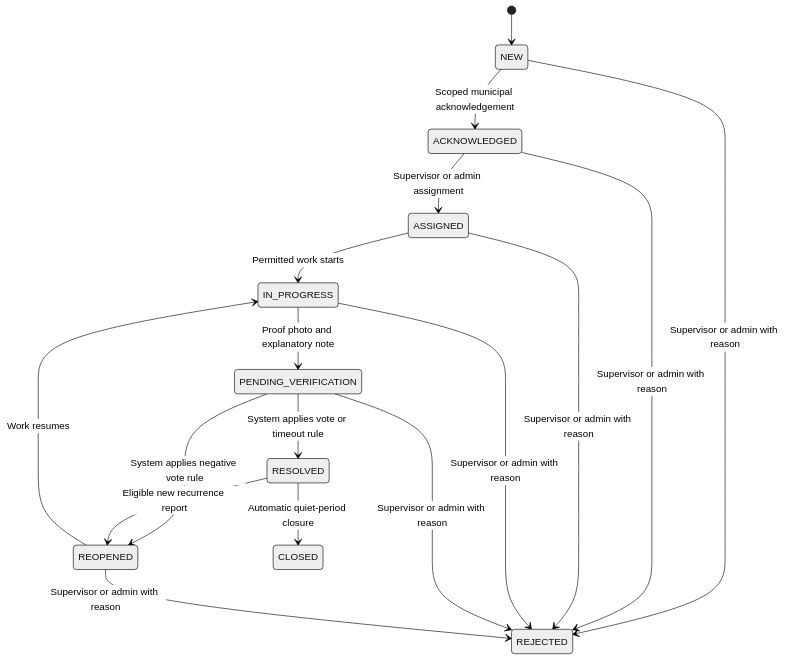
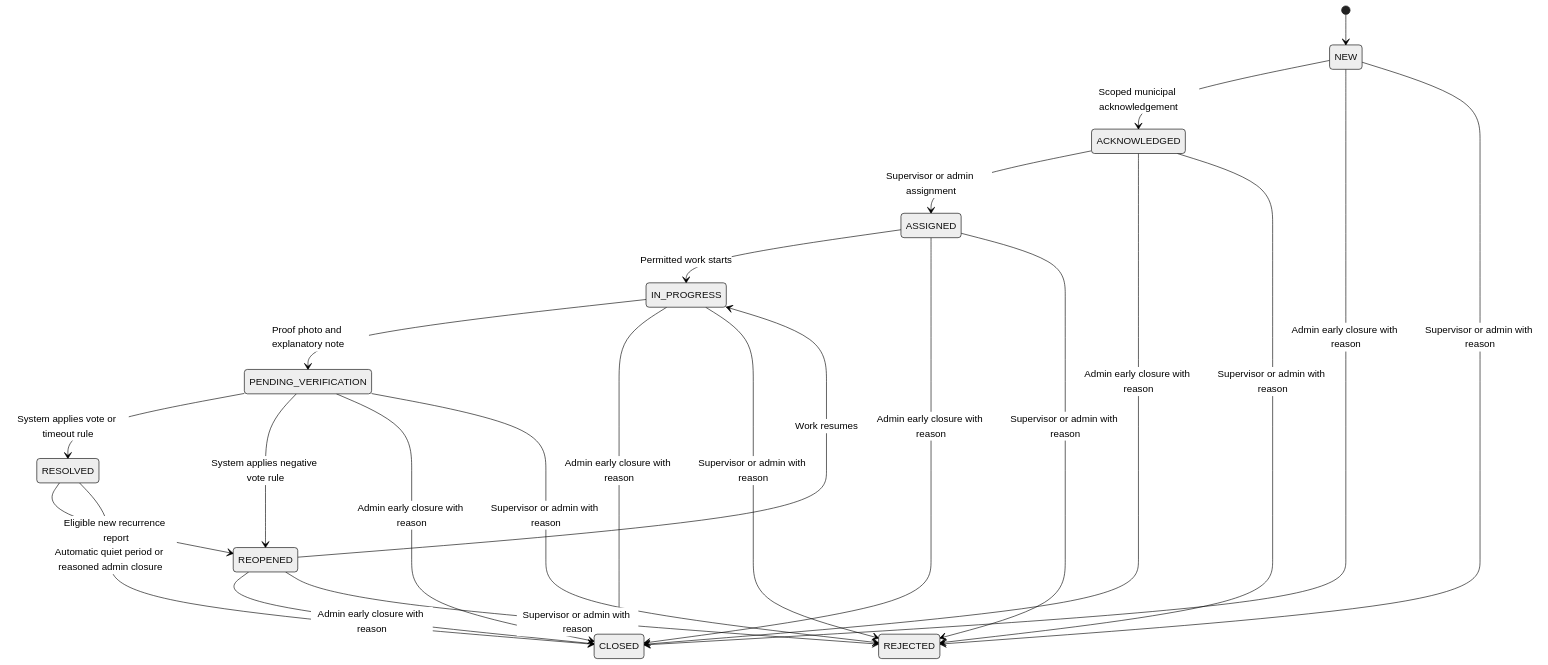
One commit to vanshnanda08/NagrikSetu changed the third of 4 diagrams in PROJECT_DOCUMENTATION.md. Above: the diagram before and after it, drawn with Mermaid (neutral theme). The commit also changed other lines of this file and 30 other files, not shown here.

````diff
--- a/PROJECT_DOCUMENTATION.md
+++ b/PROJECT_DOCUMENTATION.md
@@ -257,19 +160,25 @@
 ```mermaid
 stateDiagram-v2
     [*] --> NEW
     NEW --> ACKNOWLEDGED: Scoped municipal acknowledgement
     ACKNOWLEDGED --> ASSIGNED: Supervisor or admin assignment
     ASSIGNED --> IN_PROGRESS: Permitted work starts
     REOPENED --> IN_PROGRESS: Work resumes
     IN_PROGRESS --> PENDING_VERIFICATION: Proof photo and explanatory note
     PENDING_VERIFICATION --> RESOLVED: System applies vote or timeout rule
     PENDING_VERIFICATION --> REOPENED: System applies negative vote rule
     RESOLVED --> REOPENED: Eligible new recurrence report
-    RESOLVED --> CLOSED: Automatic quiet-period closure
+    RESOLVED --> CLOSED: Automatic quiet period or reasoned admin closure
+    NEW --> CLOSED: Admin early closure with reason
+    ACKNOWLEDGED --> CLOSED: Admin early closure with reason
+    ASSIGNED --> CLOSED: Admin early closure with reason
+    IN_PROGRESS --> CLOSED: Admin early closure with reason
+    PENDING_VERIFICATION --> CLOSED: Admin early closure with reason
+    REOPENED --> CLOSED: Admin early closure with reason
     NEW --> REJECTED: Supervisor or admin with reason
     ACKNOWLEDGED --> REJECTED: Supervisor or admin with reason
     ASSIGNED --> REJECTED: Supervisor or admin with reason
     IN_PROGRESS --> REJECTED: Supervisor or admin with reason
     PENDING_VERIFICATION --> REJECTED: Supervisor or admin with reason
     REOPENED --> REJECTED: Supervisor or admin with reason
 ```
````
